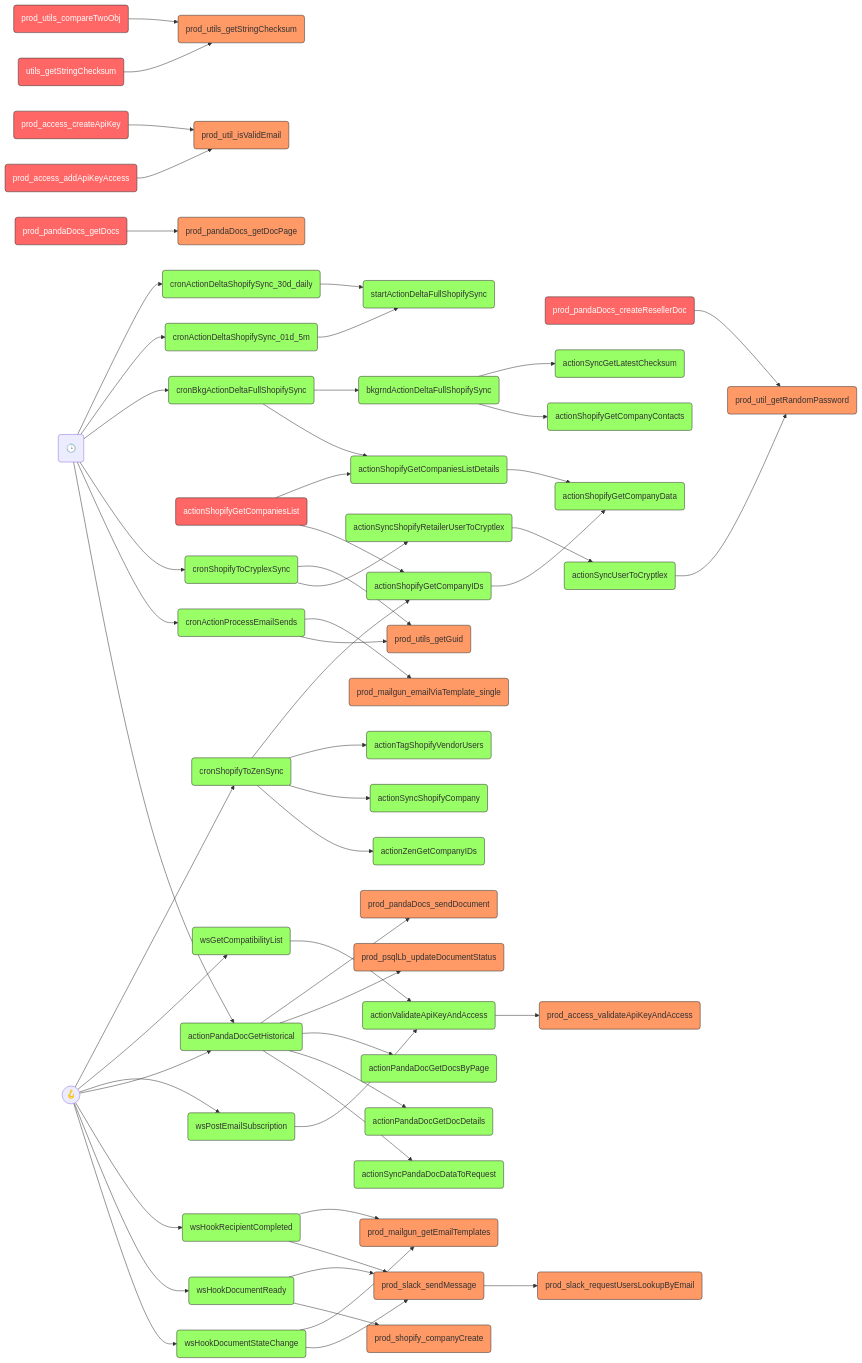
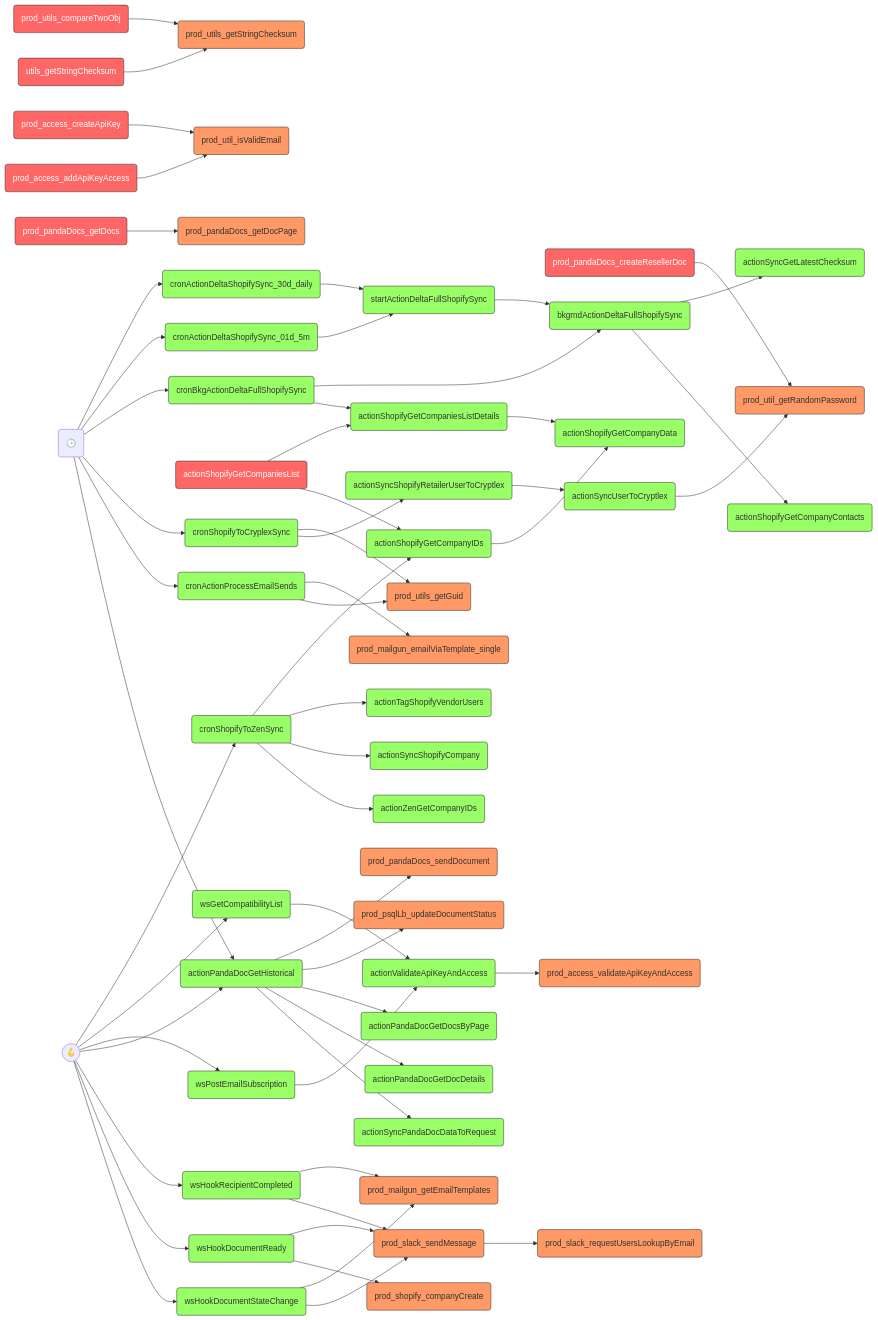
Before and after one commit to joze-liburn/uibakery: the diagram in callgraph.md, drawn with Mermaid. The commit also changed 21 other files, not shown here.

````diff
--- a/callgraph.md
+++ b/callgraph.md
@@ -5,69 +5,70 @@
 ```mermaid
 graph LR
   classDef automation fill:#9f6,stroke:#333;
   classDef action fill:#f96,stroke:#333;
   classDef database fill:#96f,stroke:#333;
   classDef error fill:#f66,stroke:#,color:#fff;
 
   act10(prod_utils_compareTwoObj) --> act11(prod_utils_getStringChecksum)
   act13(prod_access_createApiKey) --> act08(prod_util_isValidEmail)
   act14(prod_access_addApiKeyAccess) --> act08(prod_util_isValidEmail)
   act20(prod_pandaDocs_createResellerDoc) --> act07(prod_util_getRandomPassword)
   act23(prod_pandaDocs_getDocs) --> act24(prod_pandaDocs_getDocPage)
   act27(prod_slack_sendMessage) --> act26(prod_slack_requestUsersLookupByEmail)
   aut01(cronActionDeltaShopifySync_30d_daily) --> aut03(startActionDeltaFullShopifySync)
   aut02(cronActionDeltaShopifySync_01d_5m) --> aut03(startActionDeltaFullShopifySync)
+  aut03(startActionDeltaFullShopifySync) --> aut05(bkgrndActionDeltaFullShopifySync)
   aut04(cronBkgActionDeltaFullShopifySync) --> aut05(bkgrndActionDeltaFullShopifySync)
   aut04(cronBkgActionDeltaFullShopifySync) --> aut08(actionShopifyGetCompaniesListDetails)
   aut05(bkgrndActionDeltaFullShopifySync) --> aut06(actionSyncGetLatestChecksum)
   aut05(bkgrndActionDeltaFullShopifySync) --> aut10(actionShopifyGetCompanyContacts)
   aut07(actionShopifyGetCompaniesList) --> aut08(actionShopifyGetCompaniesListDetails)
   aut07(actionShopifyGetCompaniesList) --> aut09(actionShopifyGetCompanyIDs)
   aut08(actionShopifyGetCompaniesListDetails) --> aut11(actionShopifyGetCompanyData)
   aut09(actionShopifyGetCompanyIDs) --> aut11(actionShopifyGetCompanyData)
   aut13(cronShopifyToZenSync) --> aut09(actionShopifyGetCompanyIDs)
   aut13(cronShopifyToZenSync) --> aut12(actionTagShopifyVendorUsers)
   aut13(cronShopifyToZenSync) --> aut15(actionSyncShopifyCompany)
   aut13(cronShopifyToZenSync) --> aut16(actionZenGetCompanyIDs)
   aut17(cronShopifyToCryplexSync) --> act05(prod_utils_getGuid)
   aut17(cronShopifyToCryplexSync) --> aut18(actionSyncShopifyRetailerUserToCryptlex)
   aut18(actionSyncShopifyRetailerUserToCryptlex) --> aut19(actionSyncUserToCryptlex)
   aut19(actionSyncUserToCryptlex) --> act07(prod_util_getRandomPassword)
   aut20(cronActionProcessEmailSends) --> act02(prod_mailgun_emailViaTemplate_single)
   aut20(cronActionProcessEmailSends) --> act05(prod_utils_getGuid)
   aut27(wsGetCompatibilityList) --> aut29(actionValidateApiKeyAndAccess)
   aut28(wsPostEmailSubscription) --> aut29(actionValidateApiKeyAndAccess)
   aut29(actionValidateApiKeyAndAccess) --> act18(prod_access_validateApiKeyAndAccess)
   aut30(actionPandaDocGetHistorical) --> act19(prod_pandaDocs_sendDocument)
   aut30(actionPandaDocGetHistorical) --> act25(prod_psqlLb_updateDocumentStatus)
   aut30(actionPandaDocGetHistorical) --> aut31(actionPandaDocGetDocsByPage)
   aut30(actionPandaDocGetHistorical) --> aut32(actionPandaDocGetDocDetails)
   aut30(actionPandaDocGetHistorical) --> aut33(actionSyncPandaDocDataToRequest)
   aut34(wsHookRecipientCompleted) --> act04(prod_mailgun_getEmailTemplates)
   aut34(wsHookRecipientCompleted) --> act27(prod_slack_sendMessage)
   aut35(wsHookDocumentReady) --> act27(prod_slack_sendMessage)
   aut35(wsHookDocumentReady) --> act28(prod_shopify_companyCreate)
   aut36(wsHookDocumentStateChange) --> act04(prod_mailgun_getEmailTemplates)
   aut36(wsHookDocumentStateChange) --> act27(prod_slack_sendMessage)
   aut37(utils_getStringChecksum) --> act11(prod_utils_getStringChecksum)
   cron(🕒) --> aut01(cronActionDeltaShopifySync_30d_daily)
   cron(🕒) --> aut02(cronActionDeltaShopifySync_01d_5m)
   cron(🕒) --> aut04(cronBkgActionDeltaFullShopifySync)
   cron(🕒) --> aut17(cronShopifyToCryplexSync)
   cron(🕒) --> aut20(cronActionProcessEmailSends)
   cron(🕒) --> aut30(actionPandaDocGetHistorical)
   wh((🪝)) --> aut13(cronShopifyToZenSync)
   wh((🪝)) --> aut27(wsGetCompatibilityList)
   wh((🪝)) --> aut28(wsPostEmailSubscription)
   wh((🪝)) --> aut30(actionPandaDocGetHistorical)
   wh((🪝)) --> aut34(wsHookRecipientCompleted)
   wh((🪝)) --> aut35(wsHookDocumentReady)
   wh((🪝)) --> aut36(wsHookDocumentStateChange)
 
   class act10,act13,act14,act20,act23 error
   class aut07,aut37 error
   class aut01,aut02,aut03,aut04,aut05,aut06,aut07,aut08,aut09,aut10,aut11,aut12,aut13,aut14,aut15,aut16,aut17,aut18,aut19,aut20,aut21,aut22,aut23,aut24,aut25,aut26,aut27,aut28,aut29,aut30,aut31,aut32,aut33,aut34,aut35,aut36,aut37,aut38,aut39 automation
   class act01,act02,act03,act04,act05,act06,act07,act08,act09,act10,act11,act12,act13,act14,act15,act16,act17,act18,act19,act20,act21,act22,act23,act24,act25,act26,act27,act28,act29,act30,act31,act32,act33,act34,act35,act36,act37,act38,act39 action
   class act10,act13,act14,act20,act23 error
   class aut07,aut37 error
 ```
````
